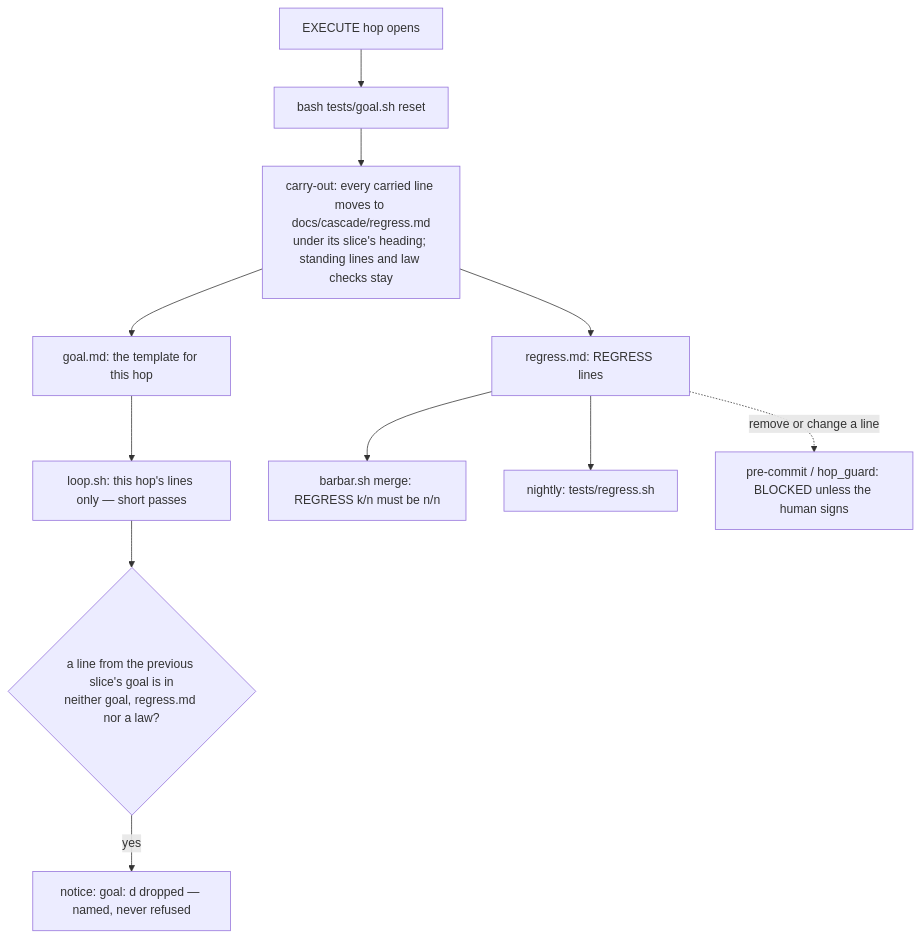
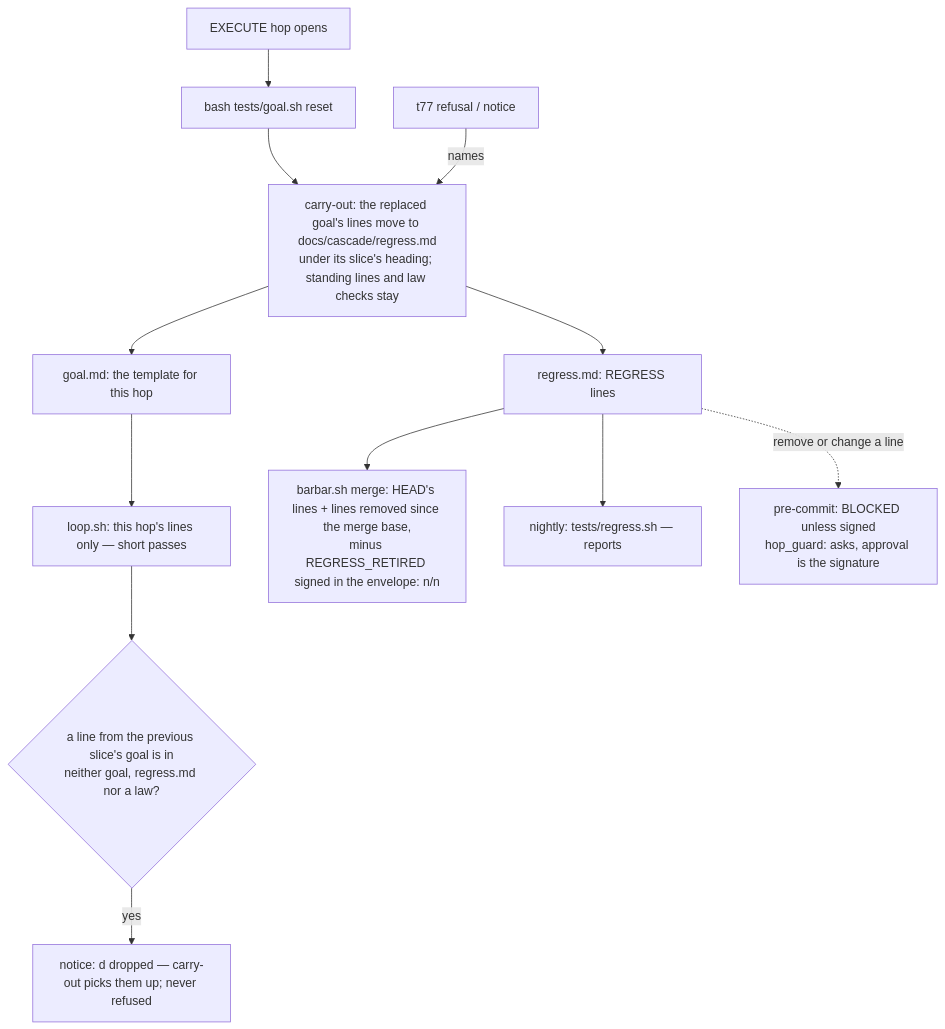
One commit to kadaluarsa/barbaric-driven-development changed the second of 2 diagrams in docs/cascade/05b-t78-carry-out.md. Above: the diagram before and after it, drawn with Mermaid. The commit also changed other lines of this file and 1 other file, not shown here.

Commit message:
GENERATE 05b t78-carry-out: answer the critic (C1–C10 fixed), spec v2

````diff
--- a/docs/cascade/05b-t78-carry-out.md
+++ b/docs/cascade/05b-t78-carry-out.md
@@ -42,13 +45,14 @@
 ```mermaid
 flowchart TD
   O[EXECUTE hop opens] --> GR[bash tests/goal.sh reset]
-  GR --> CO[carry-out: every carried line moves to docs/cascade/regress.md<br/>under its slice's heading; standing lines and law checks stay]
+  GR --> CO[carry-out: the replaced goal's lines move to docs/cascade/regress.md<br/>under its slice's heading; standing lines and law checks stay]
+  R0[t77 refusal / notice] -->|names| CO
   CO --> T[goal.md: the template for this hop]
   T --> L[loop.sh: this hop's lines only — short passes]
   CO --> RG[regress.md: REGRESS lines]
-  RG --> M[barbar.sh merge: REGRESS k/n must be n/n]
-  RG --> N[nightly: tests/regress.sh]
-  RG -.->|remove or change a line| P[pre-commit / hop_guard: BLOCKED unless the human signs]
+  RG --> M[barbar.sh merge: HEAD's lines + lines removed since the merge base,<br/>minus REGRESS_RETIRED signed in the envelope: n/n]
+  RG --> N[nightly: tests/regress.sh — reports]
+  RG -.->|remove or change a line| P[pre-commit: BLOCKED unless signed<br/>hop_guard: asks, approval is the signature]
   L --> DN{a line from the previous slice's goal is in<br/>neither goal, regress.md nor a law?}
-  DN -->|yes| NOTE[notice: goal: d dropped — named, never refused]
+  DN -->|yes| NOTE[notice: d dropped — carry-out picks them up; never refused]
 ```
````
